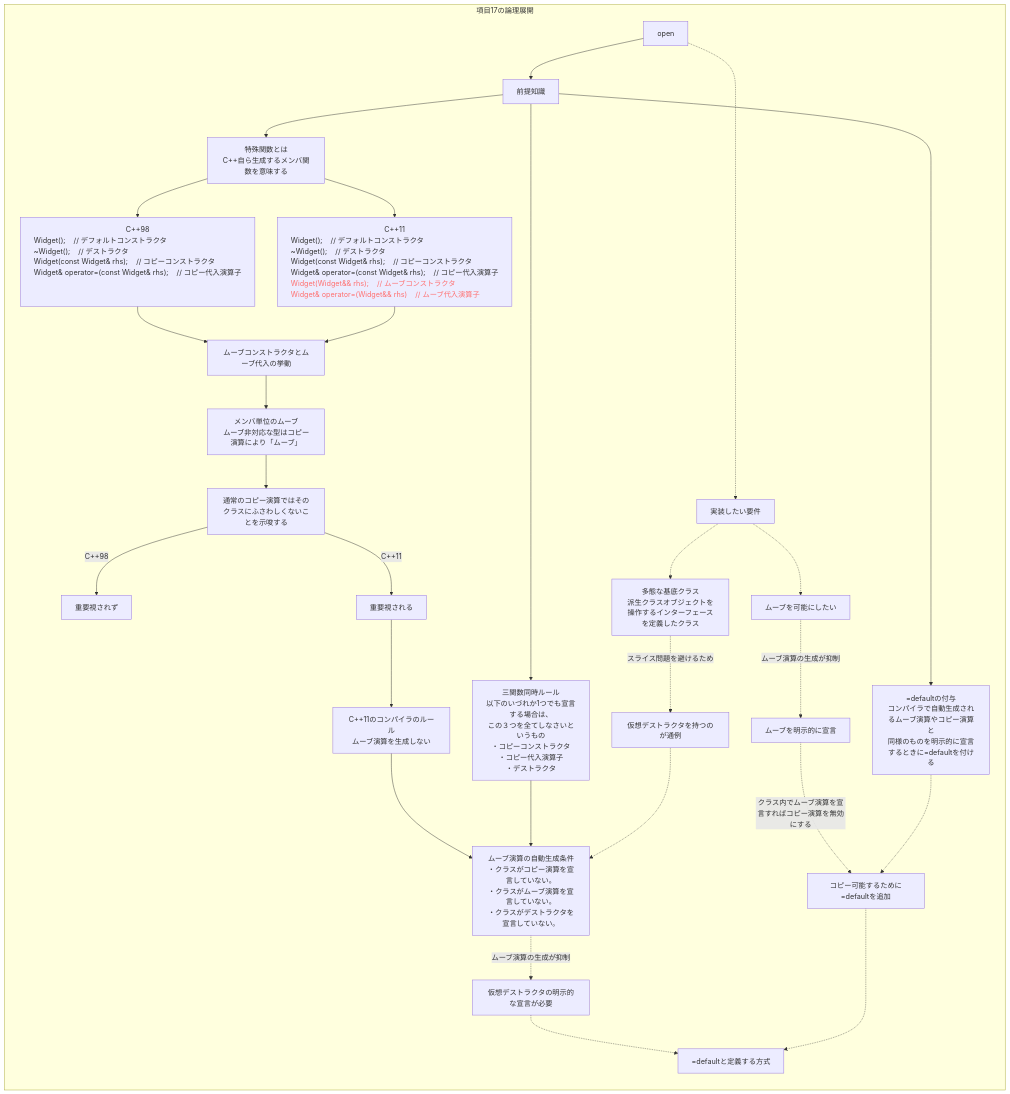
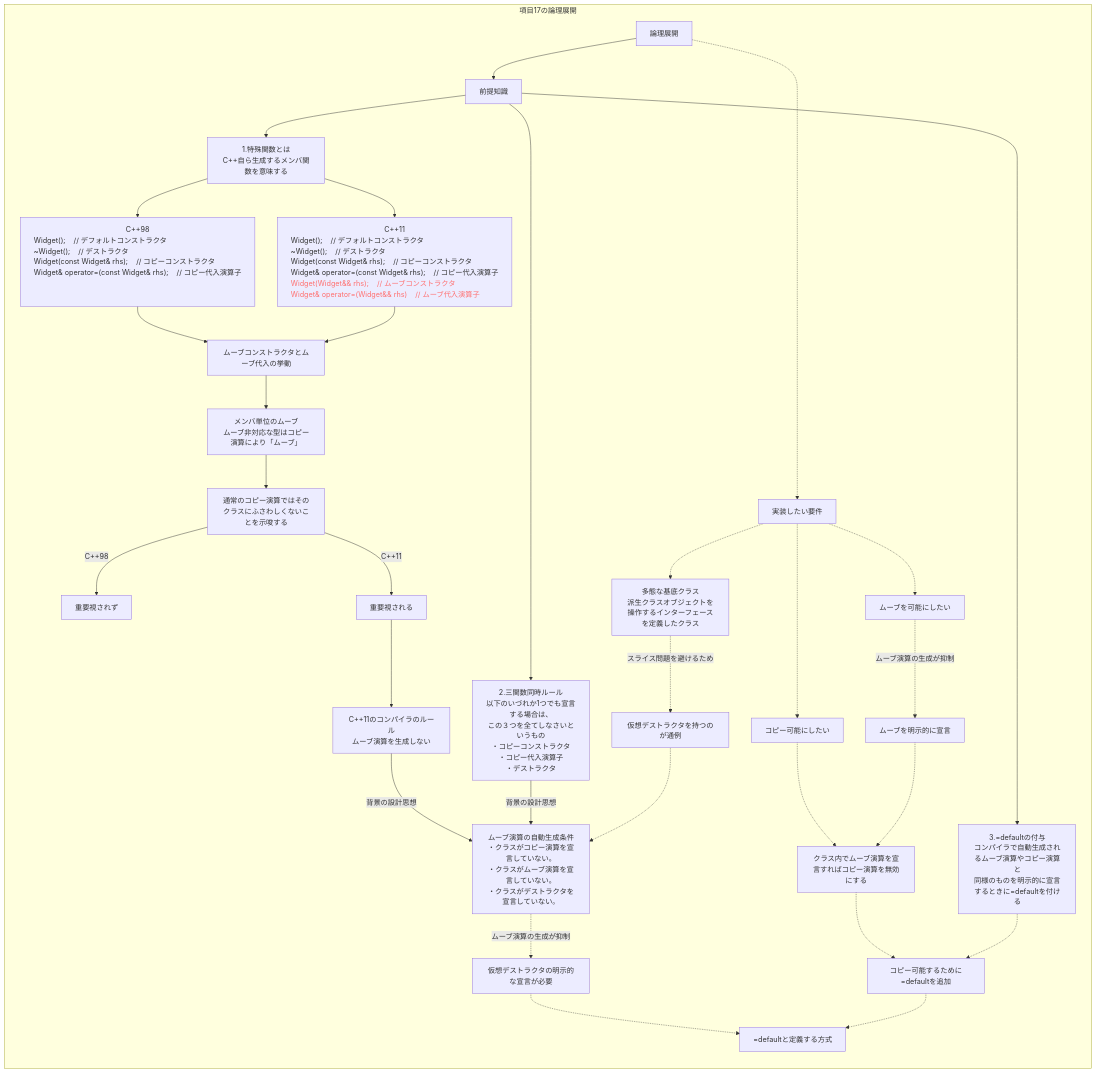
Before and after one commit to hanahanamarket/EffectiveCPP: the first of 4 diagrams in EffectiveModernCPP/Item17_Overview.md, drawn with Mermaid.

Commit message:
Item17の論理展開にムーブ宣言と=defaultの依存関係を追加

````diff
--- a/EffectiveModernCPP/Item17_Overview.md
+++ b/EffectiveModernCPP/Item17_Overview.md
@@ -5,62 +5,67 @@
 ```mermaid
 
 flowchart TD
     subgraph canvas ["項目17の論理展開"]
         direction TB
 
         open --> Prerequisite --> SpecialMemberFunc
                  Prerequisite--> RuleOfThree
                  Prerequisite--> EqualDefault
         open -.-> Requirements
 
         %% 特殊関数とは
+        open["論理展開"]
         Prerequisite["前提知識"]
-        SpecialMemberFunc["特殊関数とは<br/>C++自ら生成するメンバ関数を意味する"]
+        SpecialMemberFunc["1.特殊関数とは<br/>C++自ら生成するメンバ関数を意味する"]
         SpecialMemberFunc98["<div style='text-align:center !important'>C++98</div><div style='text-align:left !important;white-space:pre'>Widget();    // デフォルトコンストラクタ<br/>~Widget();    // デストラクタ<br/>Widget(const Widget&amp; rhs);    // コピーコンストラクタ<br/>Widget&amp; operator=(const Widget&amp; rhs);    // コピー代入演算子<br/><br/><br/>"]
         SpecialMemberFunc11["<div style='text-align:center !important'>C++11</div><div style='text-align:left !important;white-space:pre'>Widget();    // デフォルトコンストラクタ<br/>~Widget();    // デストラクタ<br/>Widget(const Widget&amp; rhs);    // コピーコンストラクタ<br/>Widget&amp; operator=(const Widget&amp; rhs);    // コピー代入演算子<br/><span style='color:#ff7070 !important'>Widget(Widget&amp;&amp; rhs);    // ムーブコンストラクタ<br/>Widget&amp; operator=(Widget&amp;&amp; rhs);    // ムーブ代入演算子</span></div>"]
         MoveByMember["ムーブコンストラクタとムーブ代入の挙動"]
 
 
         %% 特殊関数の生成ルールと成立背景
-        RuleOfThree[三関数同時ルール</br>以下のいづれか1つでも宣言する場合は、<br/>この３つを全てしなさいというもの</br>・コピーコンストラクタ</br>・コピー代入演算子</br>・デストラクタ]
+        RuleOfThree[2.三関数同時ルール</br>以下のいづれか1つでも宣言する場合は、<br/>この３つを全てしなさいというもの</br>・コピーコンストラクタ</br>・コピー代入演算子</br>・デストラクタ]
         RuleOfMoveCpp11["C++11のコンパイラのルール<br/>ムーブ演算を生成しない"]
         MoveConstructorCondition["ムーブ演算の自動生成条件<br/>・クラスがコピー演算を宣言していない。<br/>・クラスがムーブ演算を宣言していない。<br/>・クラスがデストラクタを宣言していない。"]
-        EqualDefault[" =defaultの付与<br/>コンパイラで自動生成されるムーブ演算やコピー演算と<br/>同様のものを明示的に宣言するときに=defaultを付ける"]
+        EqualDefault["3.=defaultの付与<br/>コンパイラで自動生成されるムーブ演算やコピー演算と<br/>同様のものを明示的に宣言するときに=defaultを付ける"]
         GoodExampleDefault["=defaultと定義する方式"]
 
 
         %% 実装したい要件
         Requirements["実装したい要件"]
         Polymorphism["多態な基底クラス<br>派生クラスオブジェクトを操作するインターフェースを定義したクラス"]
         VirtualDestructor["仮想デストラクタを持つのが通例"]
         ExplicitVirtualDestructor["仮想デストラクタの明示的な宣言が必要"]
         WantMove["ムーブを可能にしたい"]
         NeedMoveDeclare["ムーブを明示的に宣言"]
         AddDefaultToCopy["コピー可能するために=defaultを追加"]
         
 
         %% メンバ単位のムーブと、通常のコピー演算
         MemberwiseAsCopy["メンバ単位のムーブ<br/>ムーブ非対応な型はコピー演算により「ムーブ」"]
         CopyInappropriate["通常のコピー演算ではそのクラスにふさわしくないことを示唆する"]
-
+        Copiable["コピー可能にしたい"]
+        DeactivateCopy["クラス内でムーブ演算を宣言すればコピー演算を無効にする"]
 
         %% 特殊関数とは のつながり
         SpecialMemberFunc --> SpecialMemberFunc98 --> MoveByMember
         SpecialMemberFunc --> SpecialMemberFunc11 --> MoveByMember
         MoveByMember --> MemberwiseAsCopy --> CopyInappropriate
 
 
         %% 特殊関数の生成ルールと成立背景 のつながり
         CopyInappropriate -- "C++98" --> RuleIgnored["重要視されず"]
-        CopyInappropriate -- "C++11" --> RuleEnforced["重要視される"] --> RuleOfMoveCpp11 --> MoveConstructorCondition
-        RuleOfThree --> MoveConstructorCondition
+        CopyInappropriate -- "C++11" --> RuleEnforced["重要視される"] --> RuleOfMoveCpp11
+        RuleOfMoveCpp11 -- "背景の設計思想" --> MoveConstructorCondition
+        RuleOfThree -- "背景の設計思想" --> MoveConstructorCondition
 
         %% 実装したい要件 のつながり
         Requirements -.-> Polymorphism -. "スライス問題を避けるため" .-> VirtualDestructor
         MoveConstructorCondition -. "ムーブ演算の生成が抑制" .-> ExplicitVirtualDestructor -.-> GoodExampleDefault
         VirtualDestructor -.-> MoveConstructorCondition
         Requirements -.-> WantMove -. "ムーブ演算の生成が抑制" .-> NeedMoveDeclare
-        NeedMoveDeclare -. "クラス内でムーブ演算を宣言すればコピー演算を無効にする" .-> AddDefaultToCopy
+        Copiable -.-> DeactivateCopy
+        NeedMoveDeclare -.-> DeactivateCopy .-> AddDefaultToCopy
         EqualDefault -.-> AddDefaultToCopy -.-> GoodExampleDefault
+        Requirements -.-> Copiable
     end
 ```
````
